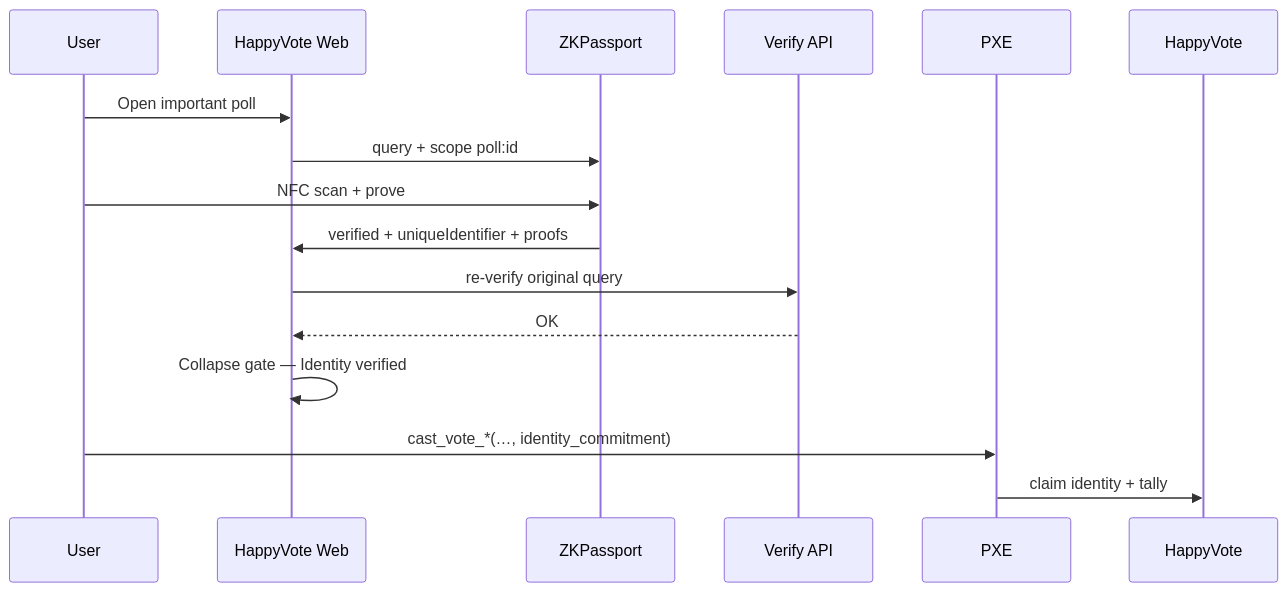
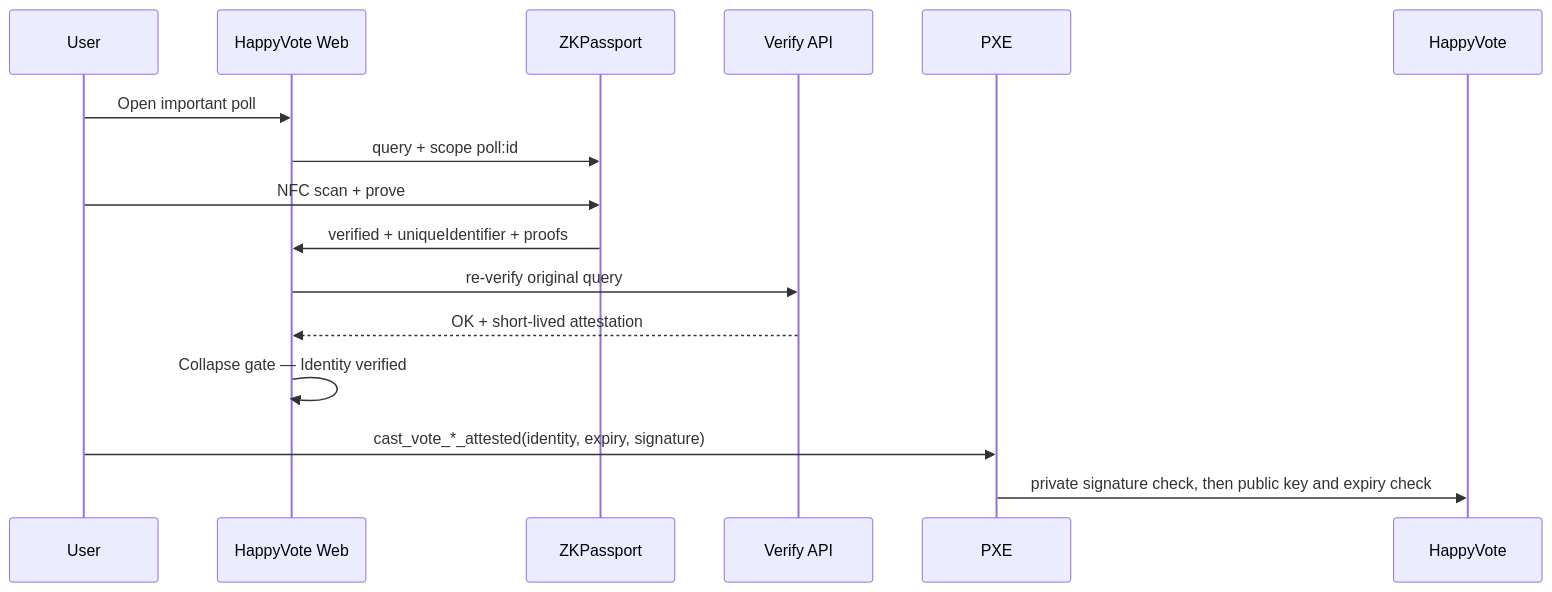
One commit to pittpv/happy-vote-aztec changed the diagram in docs/en/04-ZKPASSPORT.md. Above: the diagram before and after it, drawn with Mermaid. The commit also changed other lines of this file and 79 other files, not shown here.

````diff
--- a/docs/en/04-ZKPASSPORT.md
+++ b/docs/en/04-ZKPASSPORT.md
@@ -50,19 +50,19 @@
 ```mermaid
 sequenceDiagram
   participant U as User
   participant UI as HappyVote Web
   participant Z as ZKPassport
   participant API as Verify API
   participant PXE as PXE
   participant C as HappyVote
 
   U->>UI: Open important poll
   UI->>Z: query + scope poll:id
   U->>Z: NFC scan + prove
   Z->>UI: verified + uniqueIdentifier + proofs
   UI->>API: re-verify original query
-  API-->>UI: OK
+  API-->>UI: OK + short-lived attestation
   UI->>UI: Collapse gate — Identity verified
-  U->>PXE: cast_vote_*(…, identity_commitment)
-  PXE->>C: claim identity + tally
+  U->>PXE: cast_vote_*_attested(identity, expiry, signature)
+  PXE->>C: private signature check, then public key and expiry check
 ```
````
